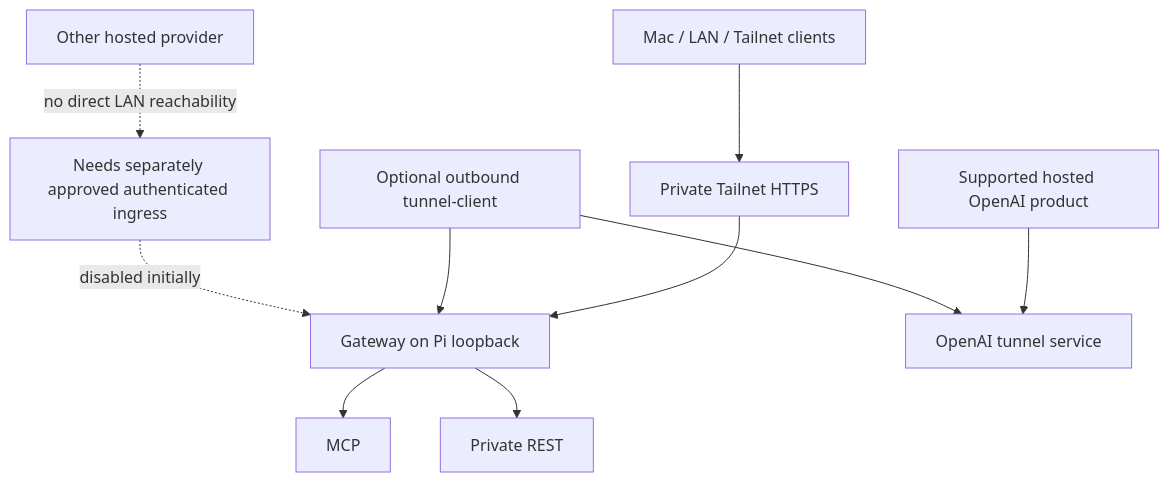
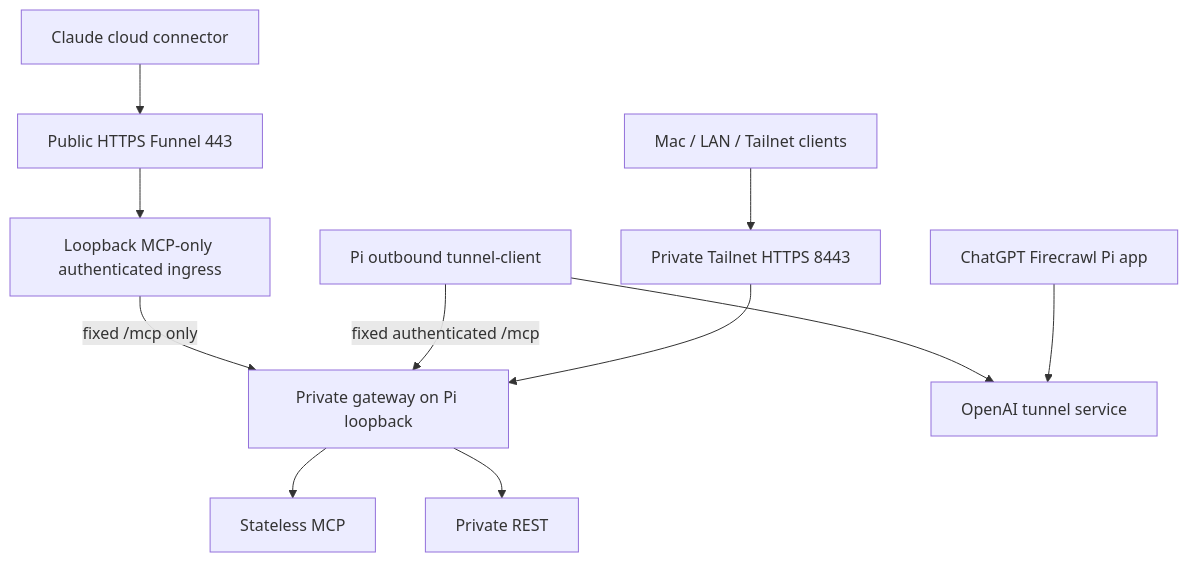
One commit to scalinity/Firecrawl-Pi changed the sixth of 8 diagrams in docs/FIRECRAWL_PI_SPEC.md. Above: the diagram before and after it, drawn with Mermaid. The commit also changed other lines of this file and 2 other files, not shown here.

Commit message:
Record verified ChatGPT and Claude hosted MCP access

````diff
--- a/docs/FIRECRAWL_PI_SPEC.md
+++ b/docs/FIRECRAWL_PI_SPEC.md
@@ -610,12 +612,13 @@
 ```mermaid
 flowchart TB
-    L[Mac / LAN / Tailnet clients] --> TS[Private Tailnet HTTPS]
-    TS --> G[Gateway on Pi loopback]
-    O[Supported hosted OpenAI product] --> OT[OpenAI tunnel service]
-    P[Optional outbound tunnel-client] --> OT
-    P --> G
-    X[Other hosted provider] -. no direct LAN reachability .-> N[Needs separately approved authenticated ingress]
-    N -. disabled initially .-> G
-    G --> M[MCP]
+    L[Mac / LAN / Tailnet clients] --> TS[Private Tailnet HTTPS 8443]
+    TS --> G[Private gateway on Pi loopback]
+    O[ChatGPT Firecrawl Pi app] --> OT[OpenAI tunnel service]
+    P[Pi outbound tunnel-client] --> OT
+    P -->|fixed authenticated /mcp| G
+    C[Claude cloud connector] --> TF[Public HTTPS Funnel 443]
+    TF --> I[Loopback MCP-only authenticated ingress]
+    I -->|fixed /mcp only| G
+    G --> M[Stateless MCP]
     G --> F[Private REST]
 ```
````
